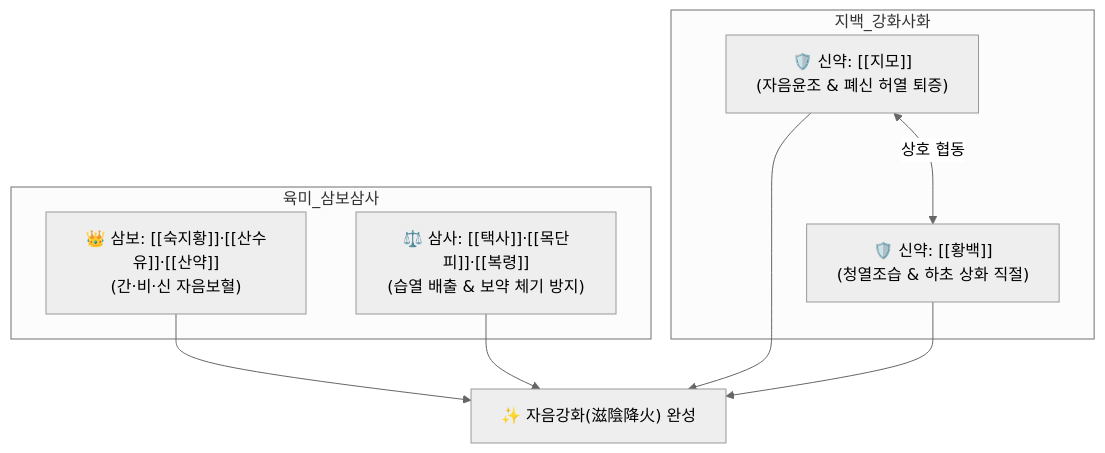
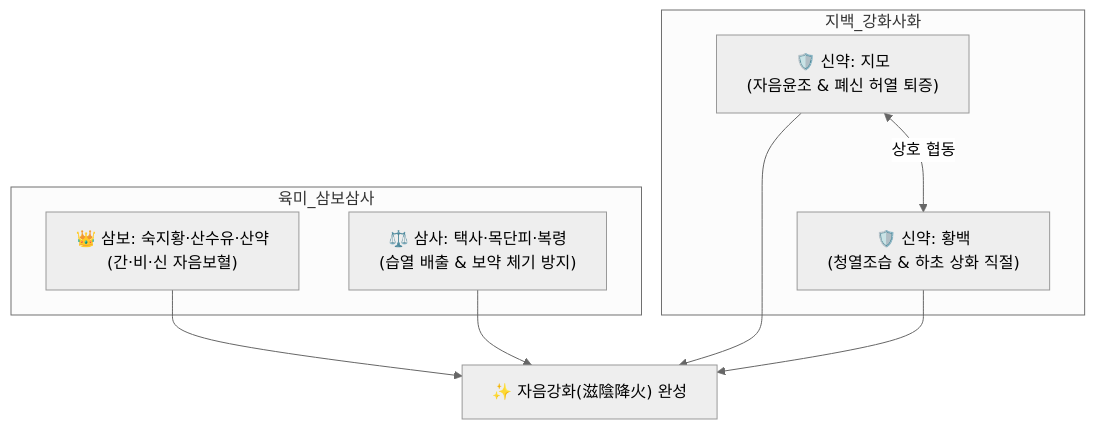
One commit to simbio11/simbio-digital-garden2 changed the diagram in content/2. 약리 공부/처방/02_보익제/지백지황환.md. Above: the diagram before and after it, drawn with Mermaid (neutral theme). The commit also changed other lines of this file and 323 other files, not shown here.

````diff
--- a/content/2. 약리 공부/처방/02_보익제/지백지황환.md
+++ b/content/2. 약리 공부/처방/02_보익제/지백지황환.md
@@ -48,15 +50,15 @@
 ```mermaid
 graph TD
     subgraph 육미_삼보삼사
-        ThreeBo["👑 삼보: [[숙지황]]·[[산수유]]·[[산약]]<br>(간·비·신 자음보혈)"]
-        ThreeSa["⚖️ 삼사: [[택사]]·[[목단피]]·[[복령]]<br>(습열 배출 & 보약 체기 방지)"]
+        ThreeBo["👑 삼보: 숙지황·산수유·산약<br>(간·비·신 자음보혈)"]
+        ThreeSa["⚖️ 삼사: 택사·목단피·복령<br>(습열 배출 & 보약 체기 방지)"]
     end
     subgraph 지백_강화사화
-        JM["🛡️ 신약: [[지모]]<br>(자음윤조 & 폐신 허열 퇴증)"]
-        HB["🛡️ 신약: [[황백]]<br>(청열조습 & 하초 상화 직절)"]
+        JM["🛡️ 신약: 지모<br>(자음윤조 & 폐신 허열 퇴증)"]
+        HB["🛡️ 신약: 황백<br>(청열조습 & 하초 상화 직절)"]
     end
     ThreeBo --> Target["✨ 자음강화(滋陰降火) 완성"]
     ThreeSa --> Target
     JM & HB --> Target
     JM <-->|상호 협동| HB
 ```
````
